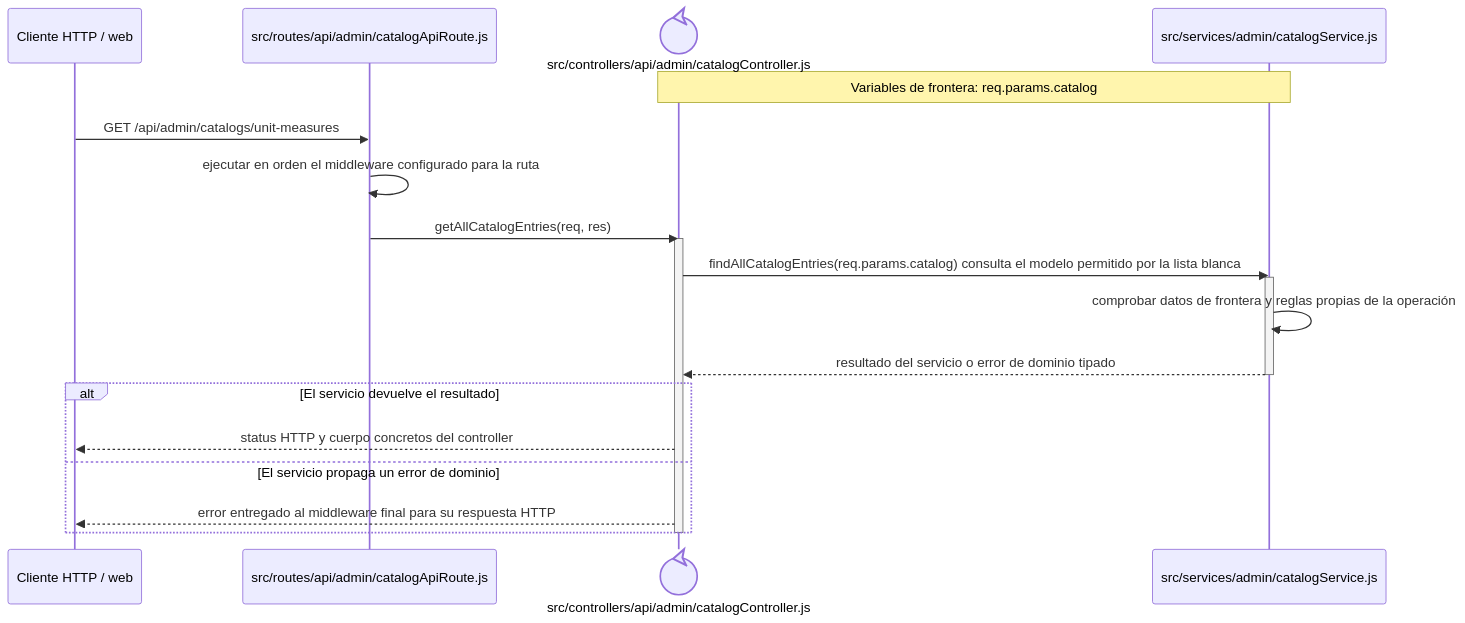
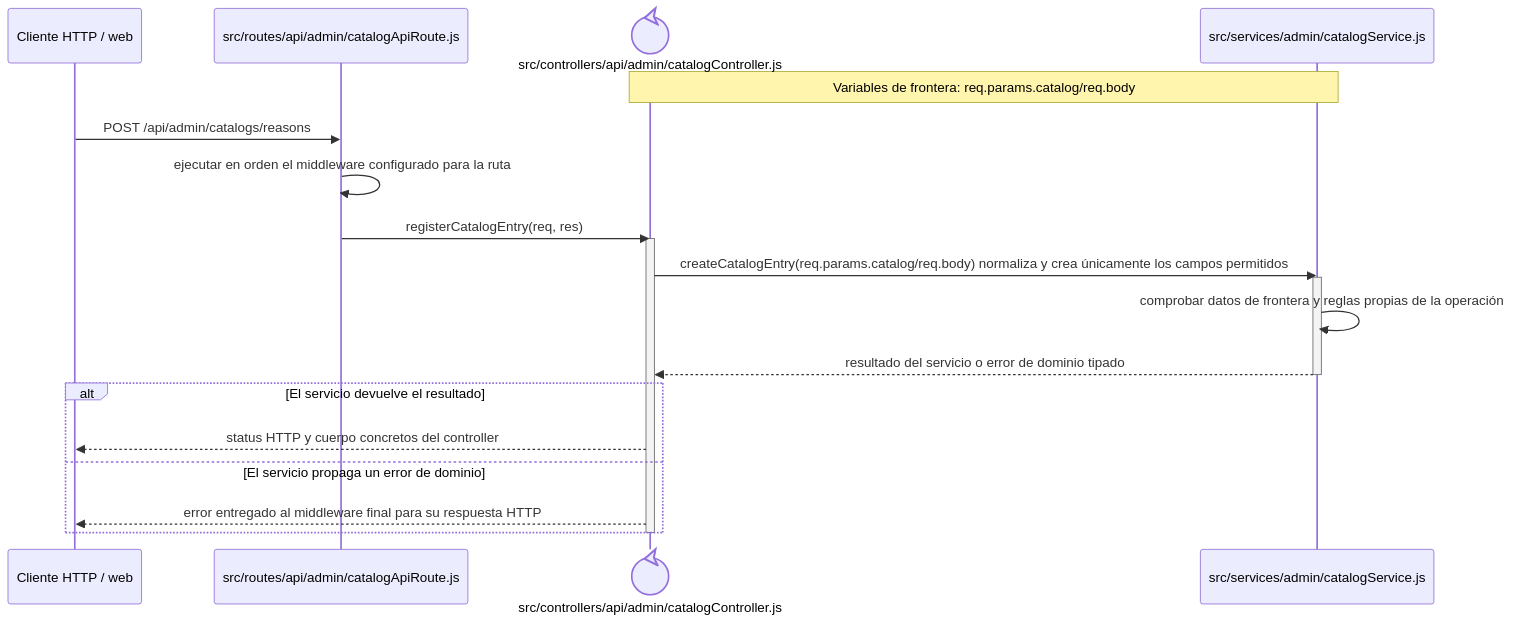
The diagram in docs/architecture/backend-code-sequences/catalogs/cu-cat-40.md (gpgsistemas01/nexus), drawn with Mermaid before and after one commit. The commit also changed other lines of this file and 126 other files, not shown here.

````diff
--- a/docs/architecture/backend-code-sequences/catalogs/cu-cat-40.md
+++ b/docs/architecture/backend-code-sequences/catalogs/cu-cat-40.md
@@ -6,24 +6,24 @@
 ```mermaid
 sequenceDiagram
     participant Client as Cliente HTTP / web
     participant Route as src/routes/api/admin/catalogApiRoute.js
     participant Controller@{ "type": "control" } as src/controllers/api/admin/catalogController.js
     participant Domain as src/services/admin/catalogService.js
-    Note over Controller,Domain: Variables de frontera: req.params.catalog
+    Note over Controller,Domain: Variables de frontera: req.params.catalog/req.body
 
-    Client->>Route: GET /api/admin/catalogs/unit-measures
+    Client->>Route: POST /api/admin/catalogs/reasons
     Route->>Route: ejecutar en orden el middleware configurado para la ruta
-    Route->>Controller: getAllCatalogEntries(req, res)
+    Route->>Controller: registerCatalogEntry(req, res)
     activate Controller
-    Controller->>Domain: findAllCatalogEntries(req.params.catalog) consulta el modelo permitido por la lista blanca
+    Controller->>Domain: createCatalogEntry(req.params.catalog/req.body) normaliza y crea únicamente los campos permitidos
     activate Domain
     Domain->>Domain: comprobar datos de frontera y reglas propias de la operación
     Domain-->>Controller: resultado del servicio o error de dominio tipado
     deactivate Domain
     alt El servicio devuelve el resultado
         Controller-->>Client: status HTTP y cuerpo concretos del controller
     else El servicio propaga un error de dominio
         Controller-->>Client: error entregado al middleware final para su respuesta HTTP
     end
     deactivate Controller
 ```
````
